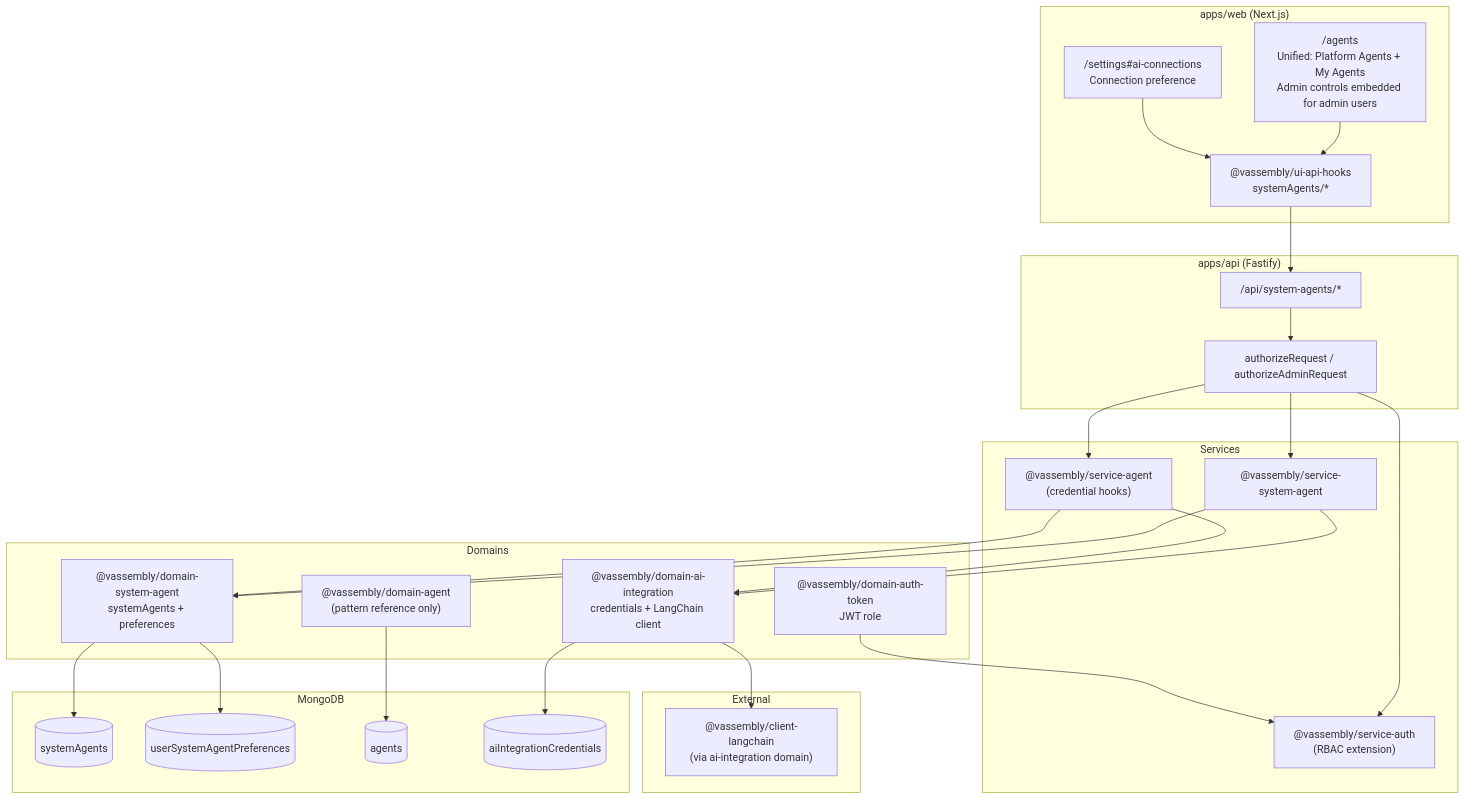
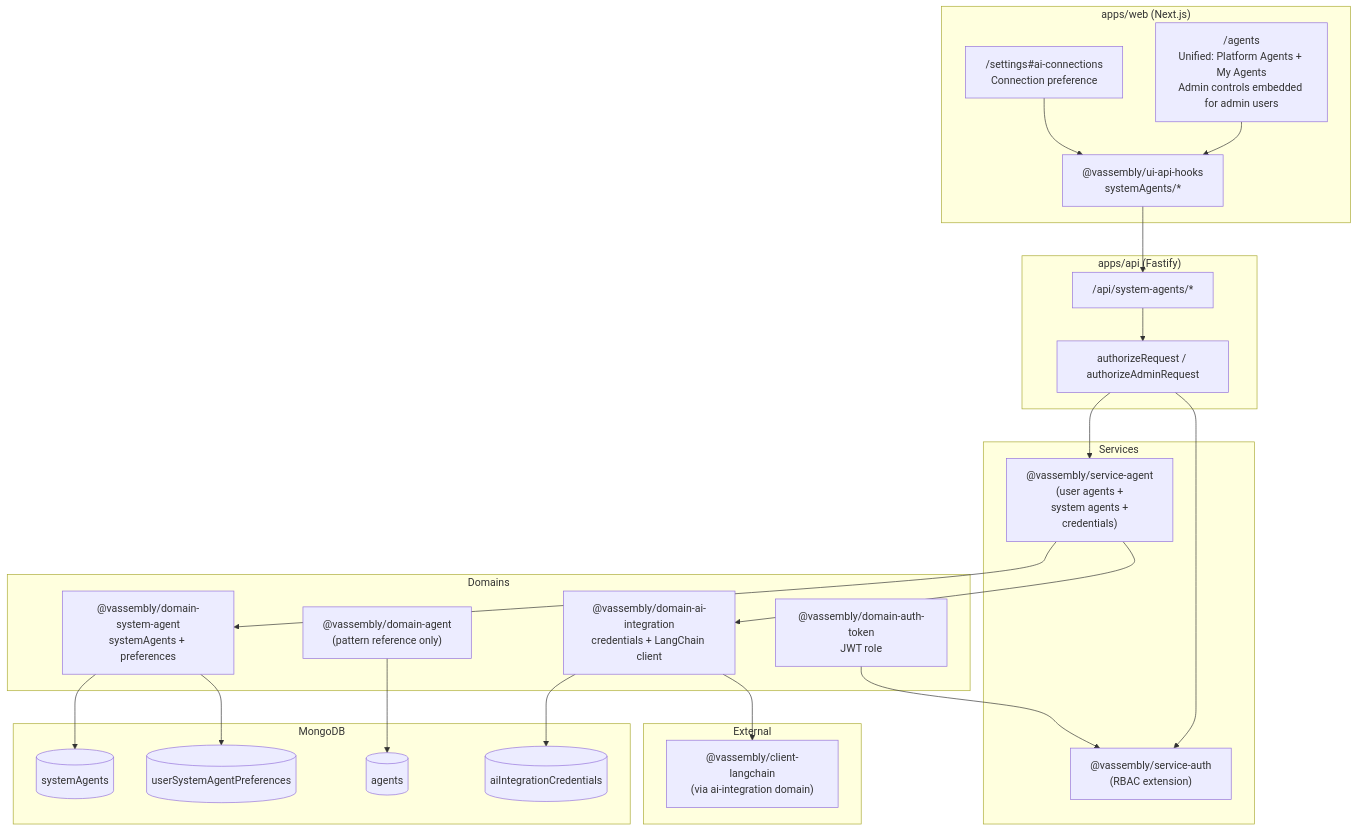
Before and after one commit to Wadowski/vassembly: the first of 5 diagrams in docs/features/system-agent/architecture.md, drawn with Mermaid. The commit also changed other lines of this file and 56 other files, not shown here.

First line of the commit message:
chore: consolidate system-agent service into agent service

````diff
--- a/docs/features/system-agent/architecture.md
+++ b/docs/features/system-agent/architecture.md
@@ -13,55 +13,51 @@
 ```mermaid
 flowchart TB
   subgraph Web["apps/web (Next.js)"]
     AgentsUI["/agents<br/>Unified: Platform Agents + My Agents<br/>Admin controls embedded for admin users"]
     SettingsUI["/settings#ai-connections<br/>Connection preference"]
     Hooks["@vassembly/ui-api-hooks<br/>systemAgents/*"]
   end
 
   subgraph API["apps/api (Fastify)"]
     Routes["/api/system-agents/*"]
     AuthMW["authorizeRequest / authorizeAdminRequest"]
   end
 
   subgraph Services
-    SysSvc["@vassembly/service-system-agent"]
-    AgentSvc["@vassembly/service-agent<br/>(credential hooks)"]
+    AgentSvc["@vassembly/service-agent<br/>(user agents +<br/>system agents +<br/>credentials)"]
     AuthSvc["@vassembly/service-auth<br/>(RBAC extension)"]
   end
 
   subgraph Domains
     SysDom["@vassembly/domain-system-agent<br/>systemAgents + preferences"]
     AgentDom["@vassembly/domain-agent<br/>(pattern reference only)"]
     AiDom["@vassembly/domain-ai-integration<br/>credentials + LangChain client"]
     TokenDom["@vassembly/domain-auth-token<br/>JWT role"]
   end
 
   subgraph Data["MongoDB"]
     SA[("systemAgents")]
     Pref[("userSystemAgentPreferences")]
     Agents[("agents")]
     Creds[("aiIntegrationCredentials")]
   end
 
   subgraph External
     LC["@vassembly/client-langchain<br/>(via ai-integration domain)"]
   end
 
   AgentsUI --> Hooks
   SettingsUI --> Hooks
   Hooks --> Routes
   Routes --> AuthMW
   AuthMW --> AuthSvc
-  AuthMW --> SysSvc
   AuthMW --> AgentSvc
-  SysSvc --> SysDom
-  SysSvc --> AiDom
+  AgentSvc --> SysDom
   AgentSvc --> AiDom
-  AgentSvc --> SysDom
   SysDom --> SA
   SysDom --> Pref
   AgentDom --> Agents
   AiDom --> Creds
   AiDom --> LC
   TokenDom --> AuthSvc
 ```
````
